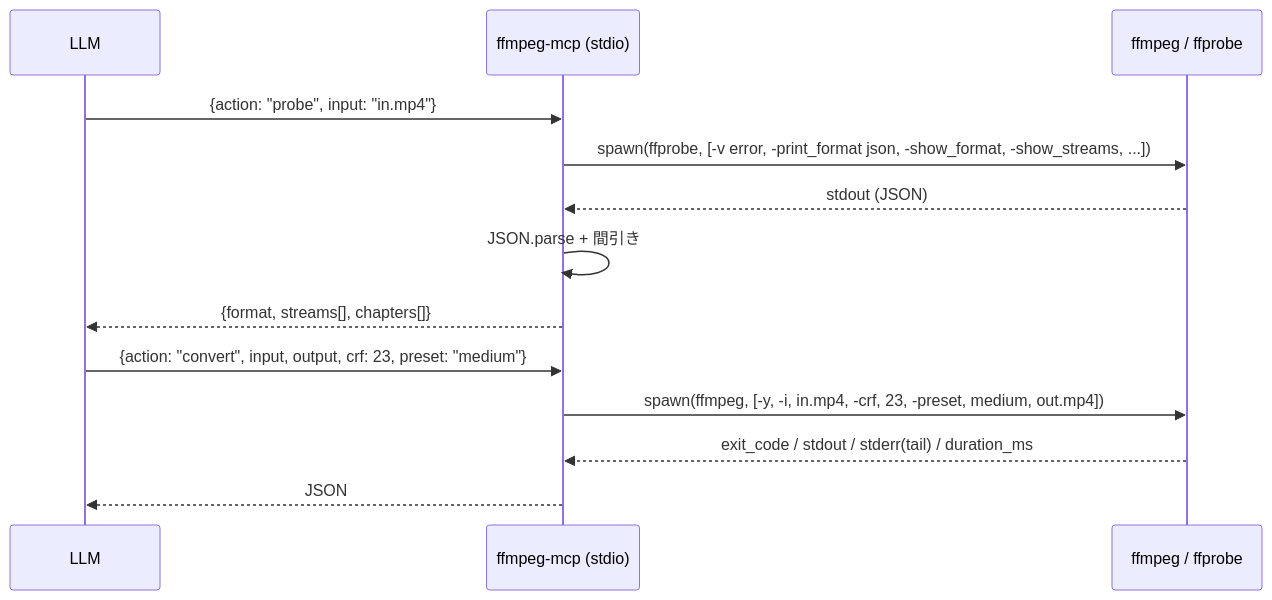
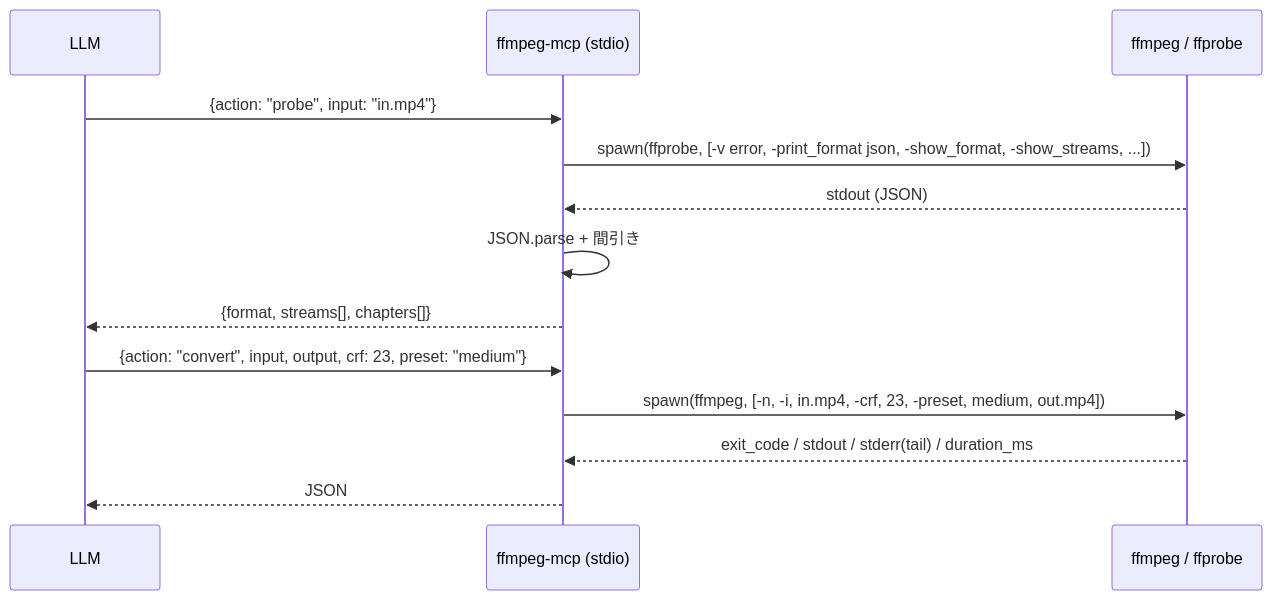
Before and after one commit to cUDGk/ffmpeg-mcp: the diagram in README.md, drawn with Mermaid. The commit also changed other lines of this file and 3 other files, not shown here.

````diff
--- a/README.md
+++ b/README.md
@@ -49,17 +49,17 @@
 ```mermaid
 sequenceDiagram
     participant LLM
     participant MCP as ffmpeg-mcp (stdio)
     participant FF as ffmpeg / ffprobe
 
     LLM->>MCP: {action: "probe", input: "in.mp4"}
     MCP->>FF: spawn(ffprobe, [-v error, -print_format json, -show_format, -show_streams, ...])
     FF-->>MCP: stdout (JSON)
     MCP->>MCP: JSON.parse + 間引き
     MCP-->>LLM: {format, streams[], chapters[]}
 
     LLM->>MCP: {action: "convert", input, output, crf: 23, preset: "medium"}
-    MCP->>FF: spawn(ffmpeg, [-y, -i, in.mp4, -crf, 23, -preset, medium, out.mp4])
+    MCP->>FF: spawn(ffmpeg, [-n, -i, in.mp4, -crf, 23, -preset, medium, out.mp4])
     FF-->>MCP: exit_code / stdout / stderr(tail) / duration_ms
     MCP-->>LLM: JSON
 ```
````
